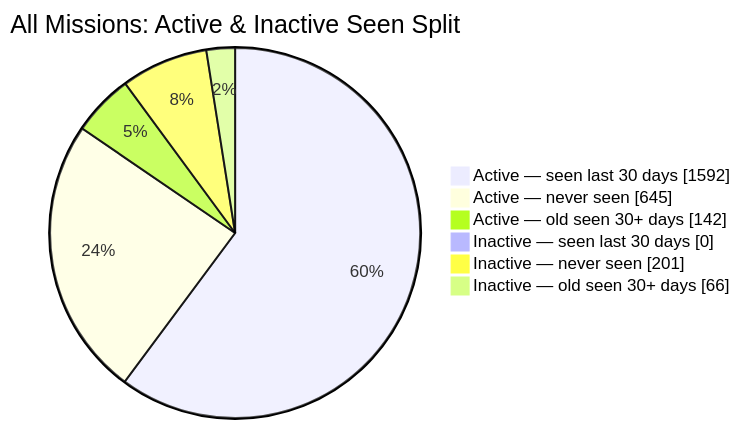
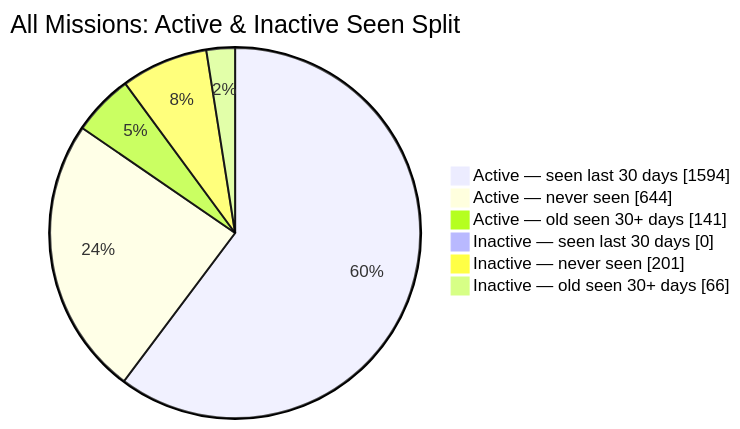
The second of 2 diagrams in README.md (MeldkamerspelGameTeam/active-missions), drawn with Mermaid before and after one commit. The commit also changed other lines of this file and 3 other files, not shown here.

````diff
--- a/README.md
+++ b/README.md
@@ -44,10 +44,10 @@
 ```mermaid
 pie showData
     title All Missions: Active & Inactive Seen Split
-    "Active — seen last 30 days" : 1592
-    "Active — never seen" : 645
-    "Active — old seen 30+ days" : 142
+    "Active — seen last 30 days" : 1594
+    "Active — never seen" : 644
+    "Active — old seen 30+ days" : 141
     "Inactive — seen last 30 days" : 0
     "Inactive — never seen" : 201
     "Inactive — old seen 30+ days" : 66
 ```
````
